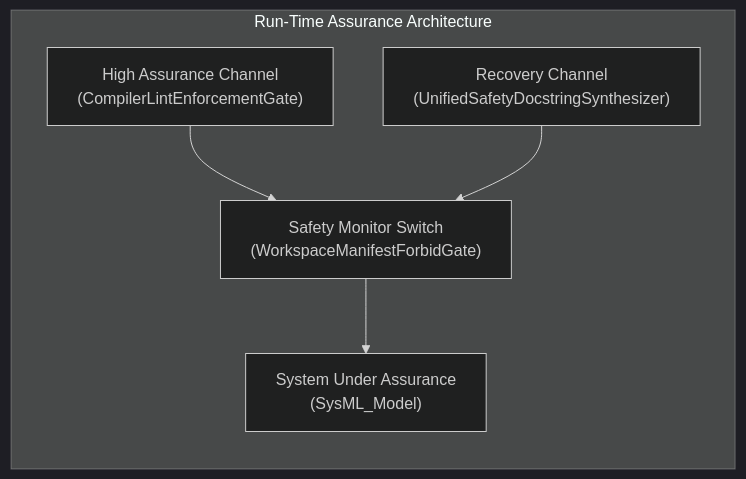
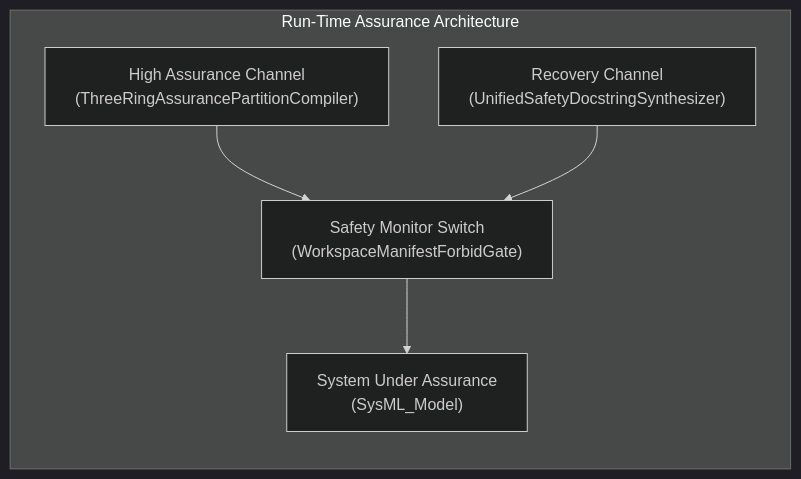
Before and after one commit to gintatkinson/DEAP01-spec-core: the diagram in .pipeline/upstream/docs/safety/07_RTA_ARCHITECTURE.md, drawn with Mermaid (dark theme). The commit also changed other lines of this file and 114 other files, not shown here.

````diff
--- a/.pipeline/upstream/docs/safety/07_RTA_ARCHITECTURE.md
+++ b/.pipeline/upstream/docs/safety/07_RTA_ARCHITECTURE.md
@@ -5,9 +5,9 @@
 ```mermaid
 graph TD
     subgraph "Run-Time Assurance Architecture"
         direction TB
-        HighAssuranceChannel["High Assurance Channel<br/>(CompilerLintEnforcementGate)"] --> SafetyMonitorSwitch["Safety Monitor Switch<br/>(WorkspaceManifestForbidGate)"]
+        HighAssuranceChannel["High Assurance Channel<br/>(ThreeRingAssurancePartitionCompiler)"] --> SafetyMonitorSwitch["Safety Monitor Switch<br/>(WorkspaceManifestForbidGate)"]
         RecoveryChannel["Recovery Channel<br/>(UnifiedSafetyDocstringSynthesizer)"] --> SafetyMonitorSwitch
         SafetyMonitorSwitch --> SystemUnderAssurance["System Under Assurance<br/>(SysML_Model)"]
     end
 ```
````
